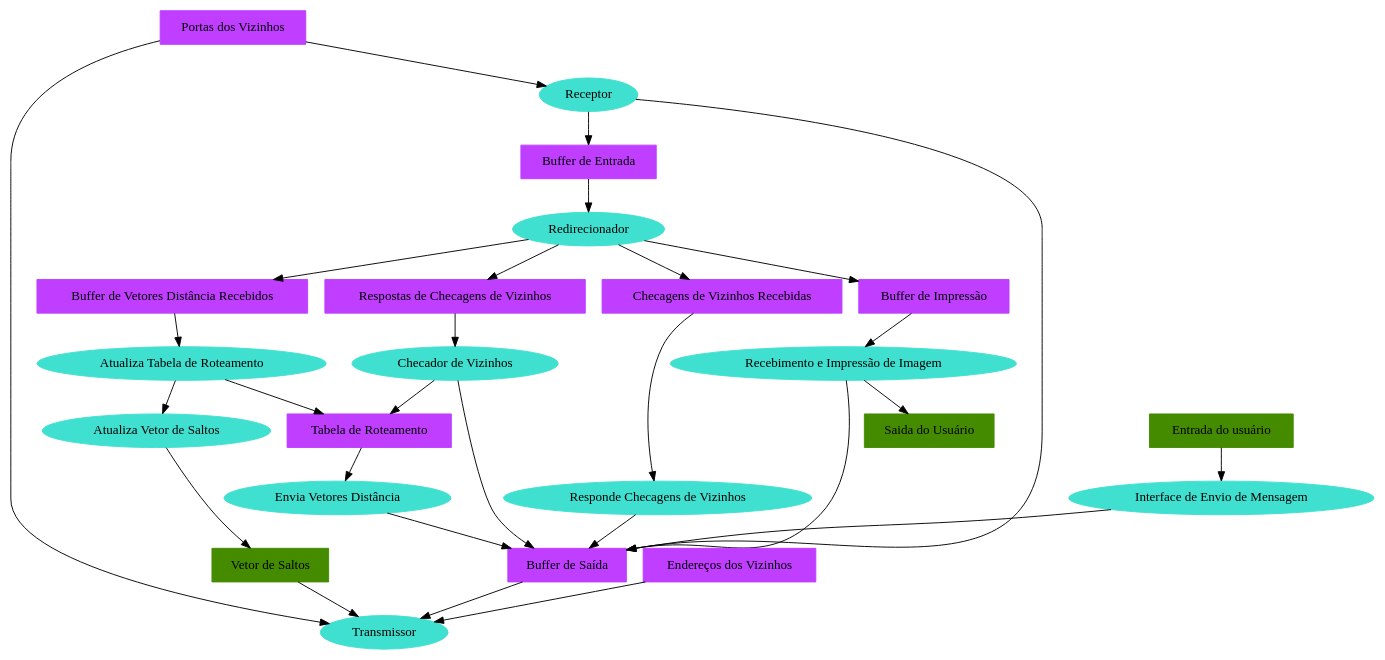
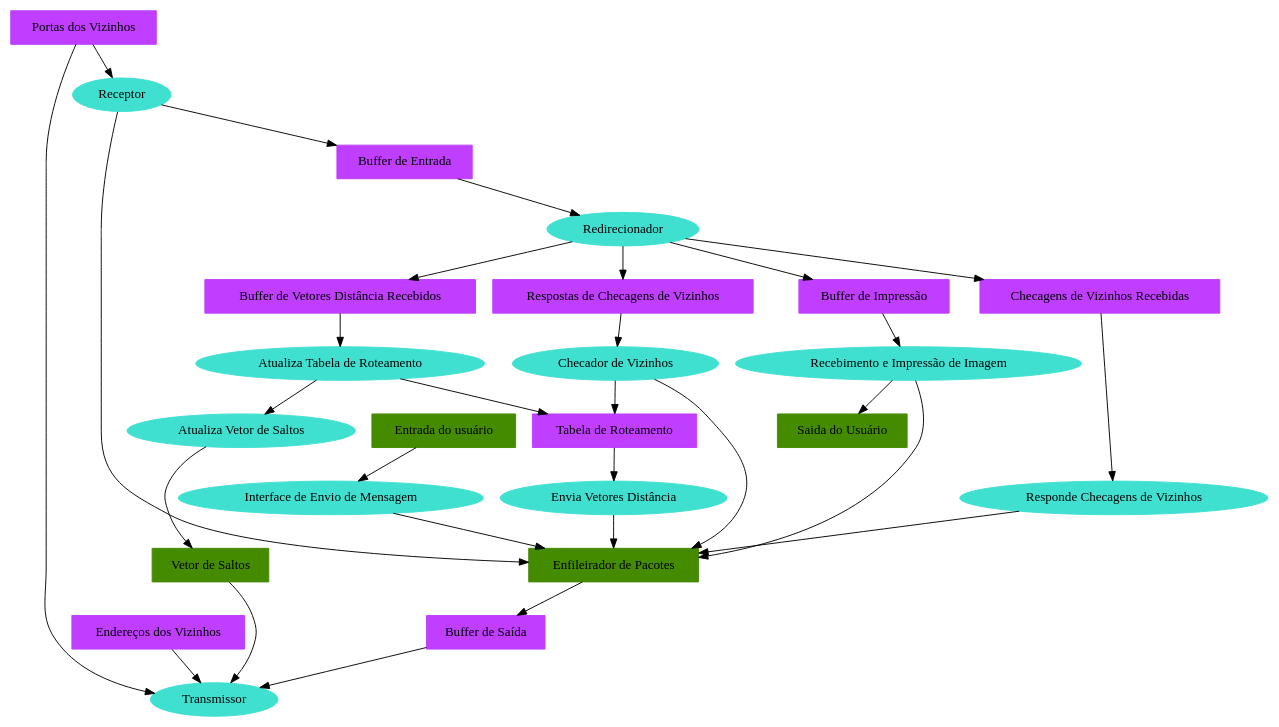
Before and after one commit to joaopaulocastilho/Trabalho2-Redes: the diagram in Novo/plano/quase_um_fluxograma.dot, drawn with Graphviz. The commit also changed 2 other files, not shown here.

Commit message:
Adiciona enlace que Prof. mandou por email e atualiza Diagrama

```diff
--- a/Novo/plano/quase_um_fluxograma.dot
+++ b/Novo/plano/quase_um_fluxograma.dot
@@ -1,47 +1,48 @@
 digraph {
   node [style="filled" color="Turquoise"]
   transmissor [label="Transmissor"]
   receptor [label="Receptor"]
   responde_checagem_vizinhos [label="Responde Checagens de Vizinhos"]
   redirecionador [label="Redirecionador"]
   recebimento_impressao_mensagem [label="Recebimento e Impressão de Imagem"]
   interface_envio_mensagem [label="Interface de Envio de Mensagem"]
   envia_vetor_distancias [label="Envia Vetores Distância"]
   checador_vizinhos [label="Checador de Vizinhos"]
   atualiza_vetor_saltos [label="Atualiza Vetor de Saltos"]
   atualiza_tabela_roteamento_vetor_saltos [label="Atualiza Tabela de Roteamento"]
 
   {
     node [shape="box" color="darkorchid1"]
     portas_roteadores [label="Portas dos Vizinhos"]
     enderecos_roteadores [label="Endereços dos Vizinhos"]
     tabela_roteamento [label="Tabela de Roteamento"]
     buffer_saida [label="Buffer de Saída"]
     buffer_impressao [label="Buffer de Impressão"]
     buffer_vetor_distancia [label="Buffer de Vetores Distância Recebidos"]
     buffer_entrada [label="Buffer de Entrada"]
     respostas_checagens_vizinhos [label="Respostas de Checagens de Vizinhos"]
     checagens_recebidas [label="Checagens de Vizinhos Recebidas"]
   }
 
   {
     node [shape="polygon" color="chartreuse4"]
     vetor_saltos [label="Vetor de Saltos"]
     entrada_usuario [label="Entrada do usuário"]
     saida_usuario [label="Saida do Usuário"]
+    enfileira_pacote_para_envio [label="Enfileirador de Pacotes"]
   }
 
   { enderecos_roteadores portas_roteadores vetor_saltos buffer_saida } -> transmissor
-  receptor -> { buffer_saida buffer_entrada }
+  receptor -> { enfileira_pacote_para_envio buffer_entrada }
   portas_roteadores -> receptor
-  interface_envio_mensagem -> { buffer_saida }
+  interface_envio_mensagem -> { enfileira_pacote_para_envio }
   { buffer_entrada } -> redirecionador -> { buffer_impressao buffer_vetor_distancia checagens_recebidas respostas_checagens_vizinhos }
-  buffer_impressao -> recebimento_impressao_mensagem -> { buffer_saida saida_usuario }
-  { tabela_roteamento } -> envia_vetor_distancias -> buffer_saida
+  buffer_impressao -> recebimento_impressao_mensagem -> { enfileira_pacote_para_envio saida_usuario }
+  { tabela_roteamento } -> envia_vetor_distancias -> enfileira_pacote_para_envio
   buffer_vetor_distancia -> atualiza_tabela_roteamento_vetor_saltos -> { tabela_roteamento atualiza_vetor_saltos }
   atualiza_vetor_saltos -> vetor_saltos
-  respostas_checagens_vizinhos -> checador_vizinhos -> { buffer_saida tabela_roteamento }
-  checagens_recebidas -> responde_checagem_vizinhos -> buffer_saida
+  respostas_checagens_vizinhos -> checador_vizinhos -> { enfileira_pacote_para_envio tabela_roteamento }
+  checagens_recebidas -> responde_checagem_vizinhos -> enfileira_pacote_para_envio
   entrada_usuario -> interface_envio_mensagem
-
+  enfileira_pacote_para_envio -> buffer_saida
 }
```
